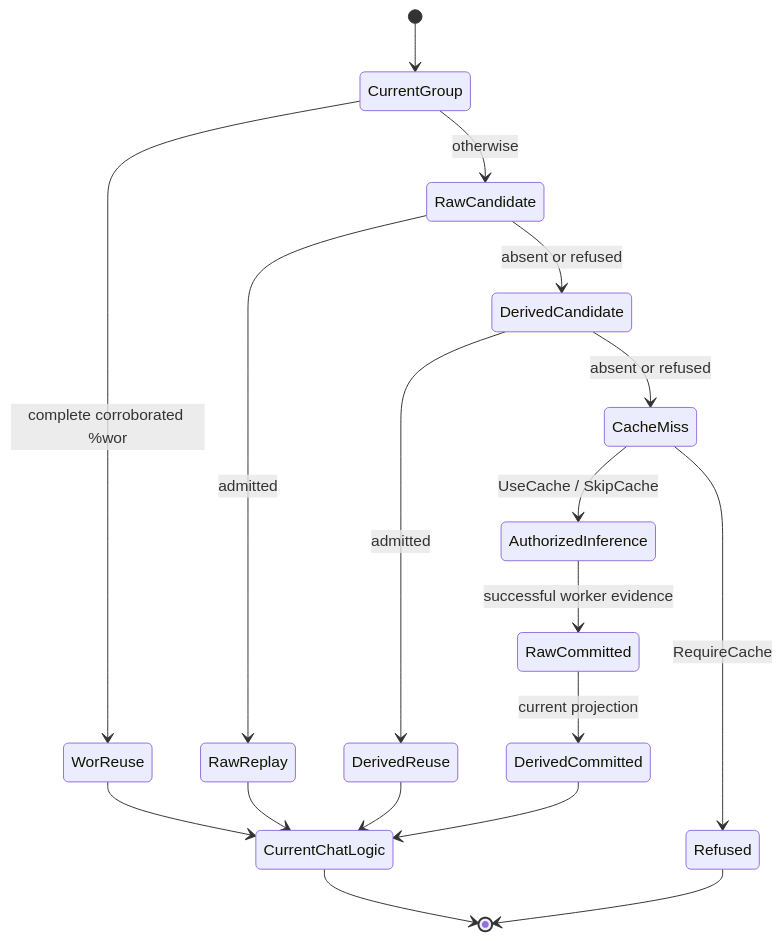
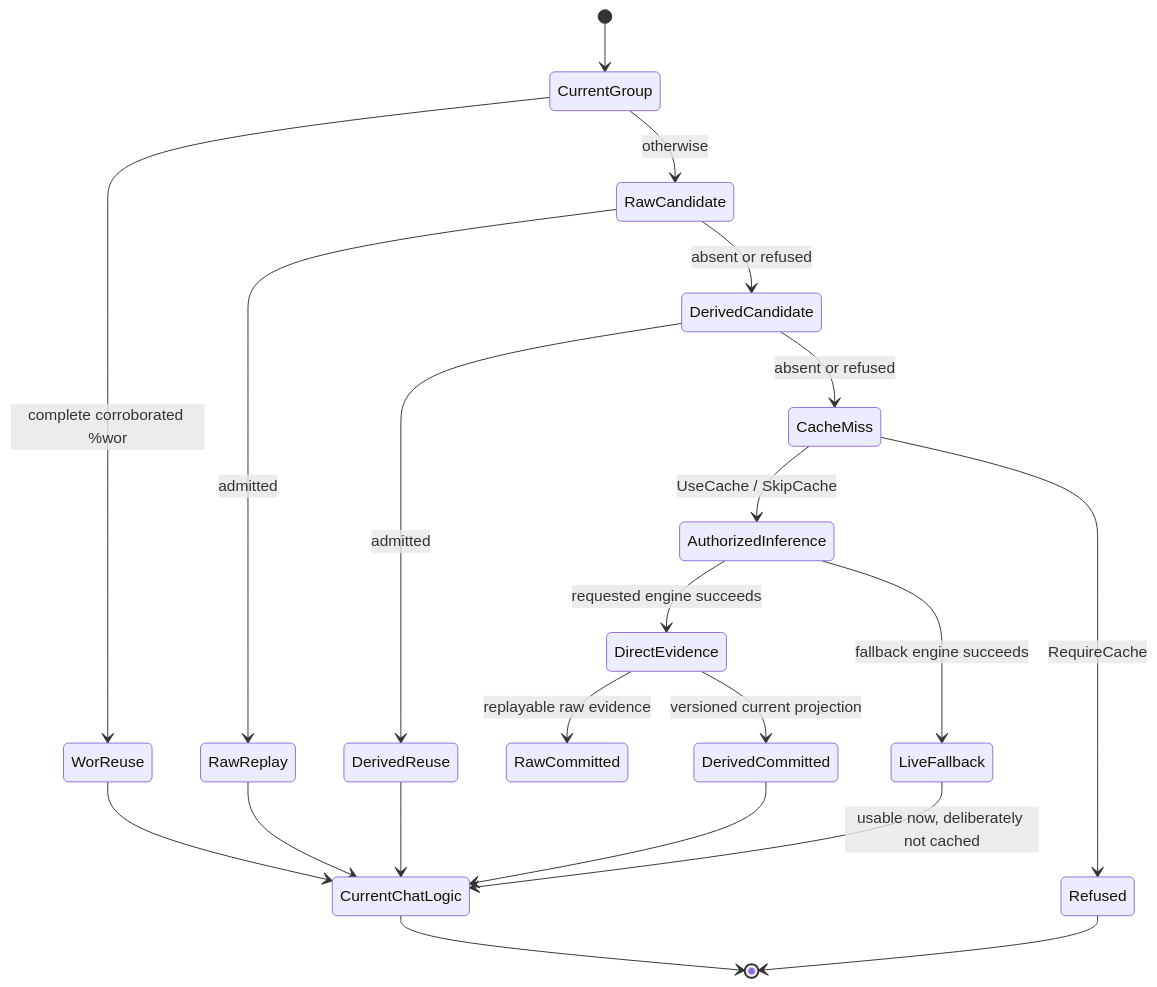
Before and after one commit to TalkBank/talkbank-tools: the first of 5 diagrams in book/src/architecture/runtime/audio-task-cache.md, drawn with Mermaid. The commit also changed other lines of this file and 84 other files, not shown here.

Commit message:
feat(batchalign): add replayable evidence and typed alignment policies

````diff
--- a/book/src/architecture/runtime/audio-task-cache.md
+++ b/book/src/architecture/runtime/audio-task-cache.md
@@ -93,20 +104,23 @@
 ```mermaid
 stateDiagram-v2
     [*] --> CurrentGroup
     CurrentGroup --> WorReuse: complete corroborated %wor
     CurrentGroup --> RawCandidate: otherwise
     RawCandidate --> RawReplay: admitted
     RawCandidate --> DerivedCandidate: absent or refused
     DerivedCandidate --> DerivedReuse: admitted
     DerivedCandidate --> CacheMiss: absent or refused
     CacheMiss --> AuthorizedInference: UseCache / SkipCache
     CacheMiss --> Refused: RequireCache
-    AuthorizedInference --> RawCommitted: successful worker evidence
-    RawCommitted --> DerivedCommitted: current projection
+    AuthorizedInference --> DirectEvidence: requested engine succeeds
+    AuthorizedInference --> LiveFallback: fallback engine succeeds
+    DirectEvidence --> RawCommitted: replayable raw evidence
+    DirectEvidence --> DerivedCommitted: versioned current projection
+    LiveFallback --> CurrentChatLogic: usable now, deliberately not cached
     WorReuse --> CurrentChatLogic
     RawReplay --> CurrentChatLogic
     DerivedReuse --> CurrentChatLogic
     DerivedCommitted --> CurrentChatLogic
     Refused --> [*]
     CurrentChatLogic --> [*]
 ```
````
